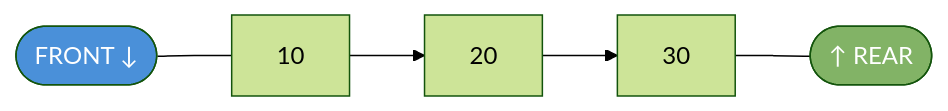
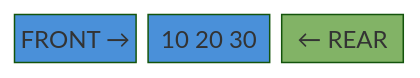
Before and after one commit to valarpirai/software-enginneering: the first of 3 diagrams in docs/04-queue.md, drawn with Mermaid (forest theme). The commit also changed other lines of this file, not shown here.

````diff
--- a/docs/04-queue.md
+++ b/docs/04-queue.md
@@ -20,11 +36,10 @@
 ```mermaid
-graph LR
-    FRONT(["FRONT ↓"])
-    N1["10"]
-    N2["20"]
-    N3["30"]
-    REAR(["↑ REAR"])
-    FRONT --- N1 --> N2 --> N3 --- REAR
-    style FRONT fill:#4a90d9,color:#fff
-    style REAR fill:#82b366,color:#fff
+block-beta
+  columns 3
+  A["FRONT →"]:1
+  B["10  20  30"]:1
+  C["← REAR"]:1
+  style A fill:#4a90d9,color:#fff
+  style B fill:#4a90d9,color:#fff
+  style C fill:#82b366,color:#fff
 ```
````
